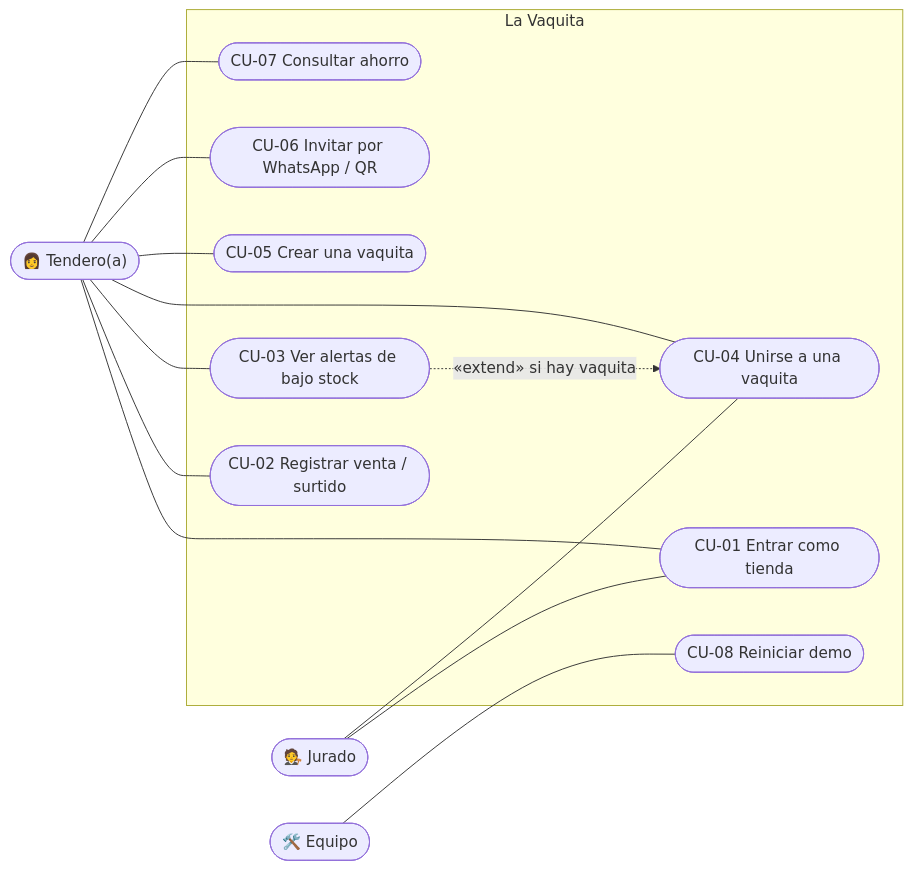
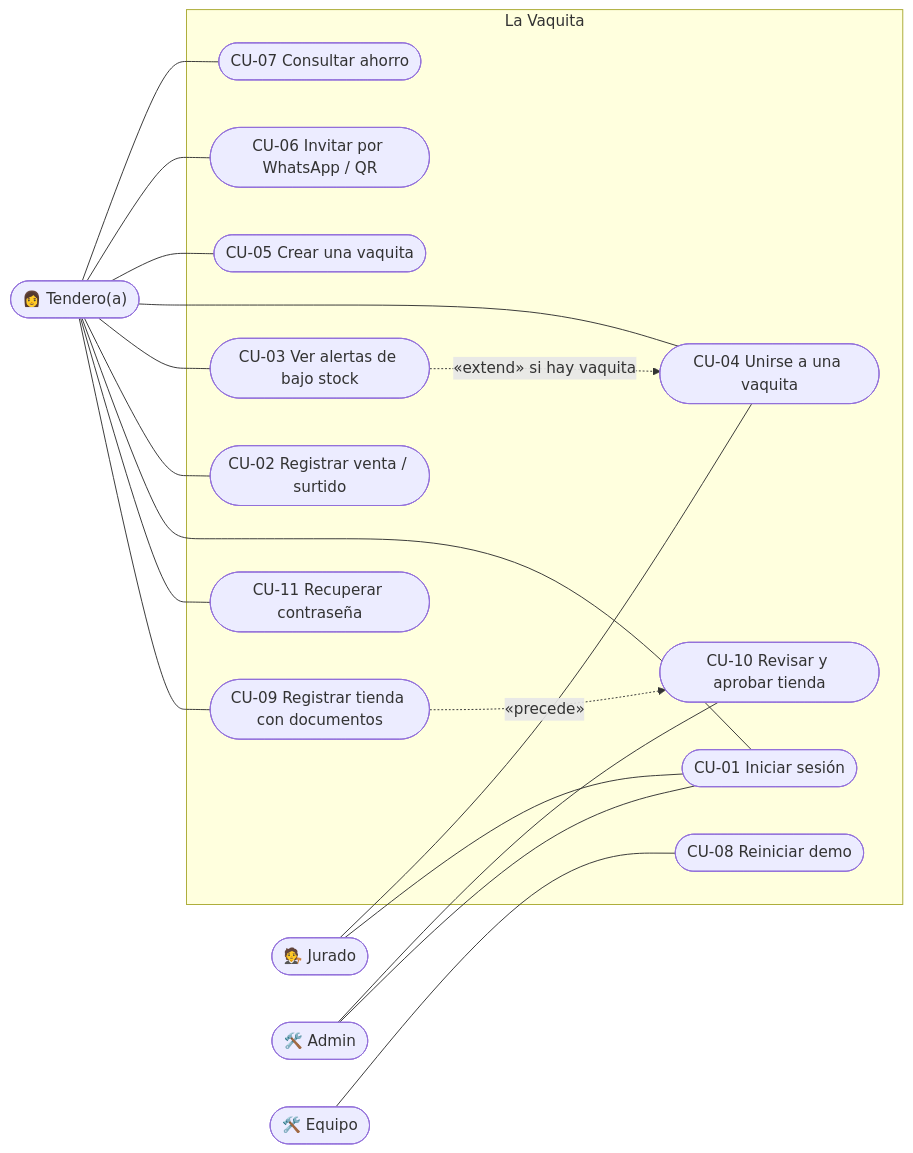
Before and after one commit to AlcortDev/Reyes-3---HackaPony: the ninth of 13 diagrams in docs/SRS.md, drawn with Mermaid. The commit also changed other lines of this file and 3 other files, not shown here.

````diff
--- a/docs/SRS.md
+++ b/docs/SRS.md
@@ -720,29 +998,38 @@
 ```mermaid
 flowchart LR
     T(["👩 Tendero(a)"])
     J(["🧑‍⚖️ Jurado"])
+    AD(["🛠️ Admin"])
     E(["🛠️ Equipo"])
 
     subgraph S["La Vaquita"]
-        CU1(["CU-01 Entrar como tienda"])
+        CU9(["CU-09 Registrar tienda con documentos"])
+        CU10(["CU-10 Revisar y aprobar tienda"])
+        CU11(["CU-11 Recuperar contraseña"])
+        CU1(["CU-01 Iniciar sesión"])
         CU2(["CU-02 Registrar venta / surtido"])
         CU3(["CU-03 Ver alertas de bajo stock"])
         CU4(["CU-04 Unirse a una vaquita"])
         CU5(["CU-05 Crear una vaquita"])
         CU6(["CU-06 Invitar por WhatsApp / QR"])
         CU7(["CU-07 Consultar ahorro"])
         CU8(["CU-08 Reiniciar demo"])
     end
 
+    T --- CU9
+    T --- CU11
     T --- CU1
     T --- CU2
     T --- CU3
     T --- CU4
     T --- CU5
     T --- CU6
     T --- CU7
     J --- CU1
     J --- CU4
+    AD --- CU1
+    AD --- CU10
     E --- CU8
     CU3 -.->|"«extend» si hay vaquita"| CU4
+    CU9 -.->|"«precede»"| CU10
 ```
````
